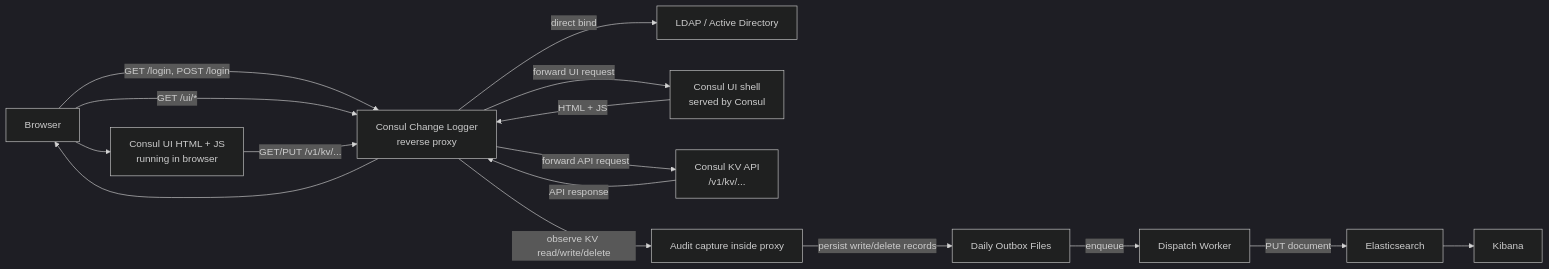
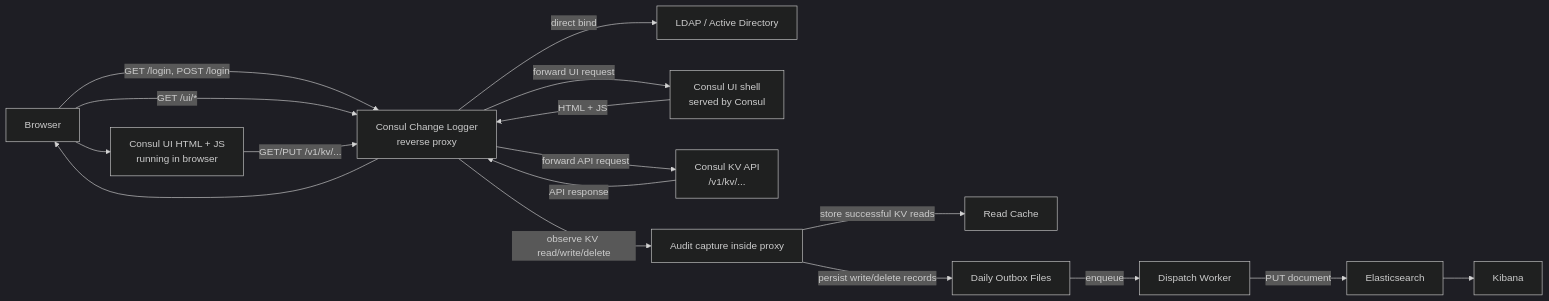
One commit to sinanakyazici/ConsulChangeLogger changed the diagram in README.md. Above: the diagram before and after it, drawn with Mermaid (dark theme). The commit also changed other lines of this file and 21 other files, not shown here.

````diff
--- a/README.md
+++ b/README.md
@@ -29,30 +30,32 @@
 ```mermaid
 flowchart LR
     browser["Browser"]
     ui["Consul UI HTML + JS<br/>running in browser"]
     proxy["Consul Change Logger<br/>reverse proxy"]
     ldap["LDAP / Active Directory"]
     consulUi["Consul UI shell<br/>served by Consul"]
     consulApi["Consul KV API<br/>/v1/kv/..."]
     audit["Audit capture inside proxy"]
+    cache["Read Cache"]
     outbox["Daily Outbox Files"]
     worker["Dispatch Worker"]
     elastic["Elasticsearch"]
     kibana["Kibana"]
 
     browser -->|GET /login, POST /login| proxy
     proxy -->|direct bind| ldap
     browser -->|GET /ui/*| proxy
     proxy -->|forward UI request| consulUi
     consulUi -->|HTML + JS| proxy
     proxy --> browser
     browser --> ui
     ui -->|GET/PUT /v1/kv/...| proxy
     proxy -->|forward API request| consulApi
     consulApi -->|API response| proxy
     proxy -->|observe KV read/write/delete| audit
+    audit -->|store successful KV reads| cache
     audit -->|persist write/delete records| outbox
     outbox -->|enqueue| worker
     worker -->|PUT document| elastic
     elastic --> kibana
 ```
````
